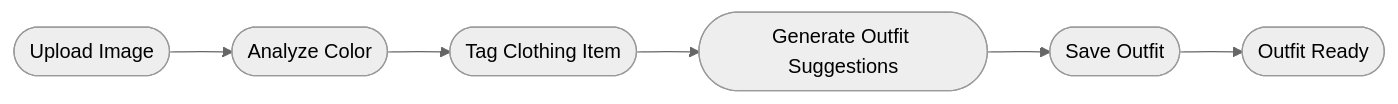
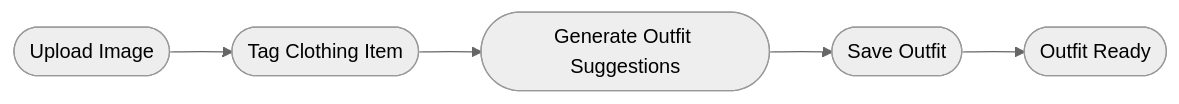
The third of 3 diagrams in README.md (NNewbauer/3300OutfitPicker), drawn with Mermaid (neutral theme) before and after one commit. The commit also changed other lines of this file, not shown here.

````diff
--- a/README.md
+++ b/README.md
@@ -111,8 +110,7 @@
 ```mermaid
 flowchart LR
-    Start([Upload Image]) --> Analyze([Analyze Color])
-    Analyze --> Tag([Tag Clothing Item])
+    Start([Upload Image]) --> Tag([Tag Clothing Item])
     Tag --> Generate([Generate Outfit Suggestions])
     Generate --> Save([Save Outfit])
     Save --> End([Outfit Ready])
 ```
````
